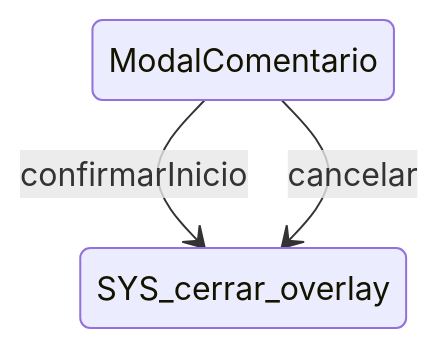
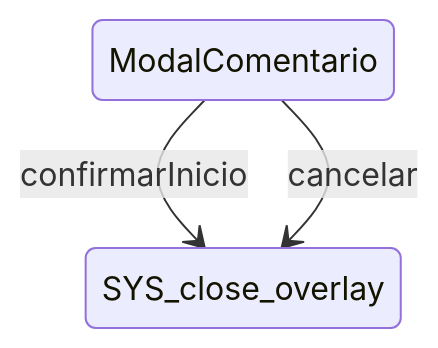
The diagram in spec/docs/sistema/overlays/ModalComentario.md (cepeche/Trenza-DSL), drawn with Mermaid before and after one commit. The commit also changed other lines of this file and 2250 other files, not shown here.

````diff
--- a/spec/docs/sistema/overlays/ModalComentario.md
+++ b/spec/docs/sistema/overlays/ModalComentario.md
@@ -20,5 +21,5 @@
 ```mermaid
 stateDiagram-v2
-    ModalComentario --> SYS_cerrar_overlay : confirmarInicio
-    ModalComentario --> SYS_cerrar_overlay : cancelar
+    ModalComentario --> SYS_close_overlay : confirmarInicio
+    ModalComentario --> SYS_close_overlay : cancelar
 ```
````
